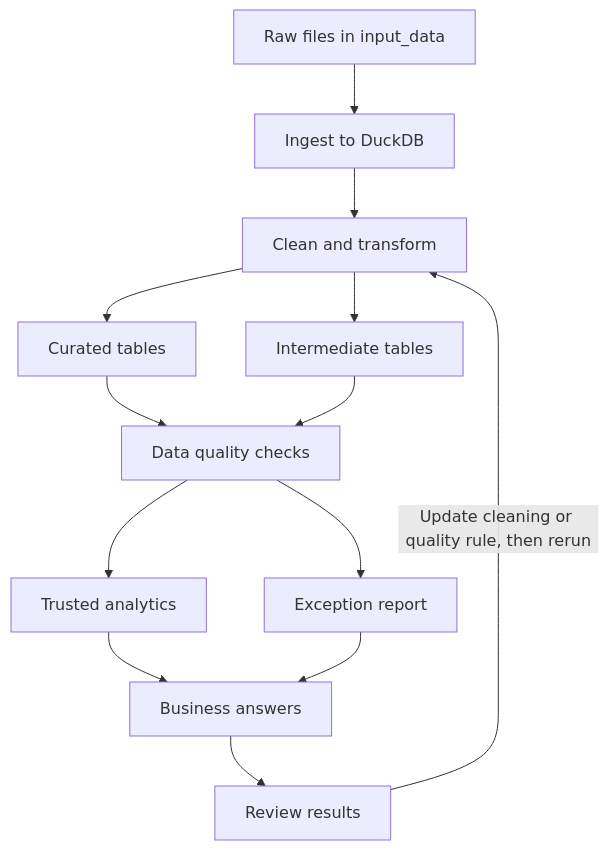
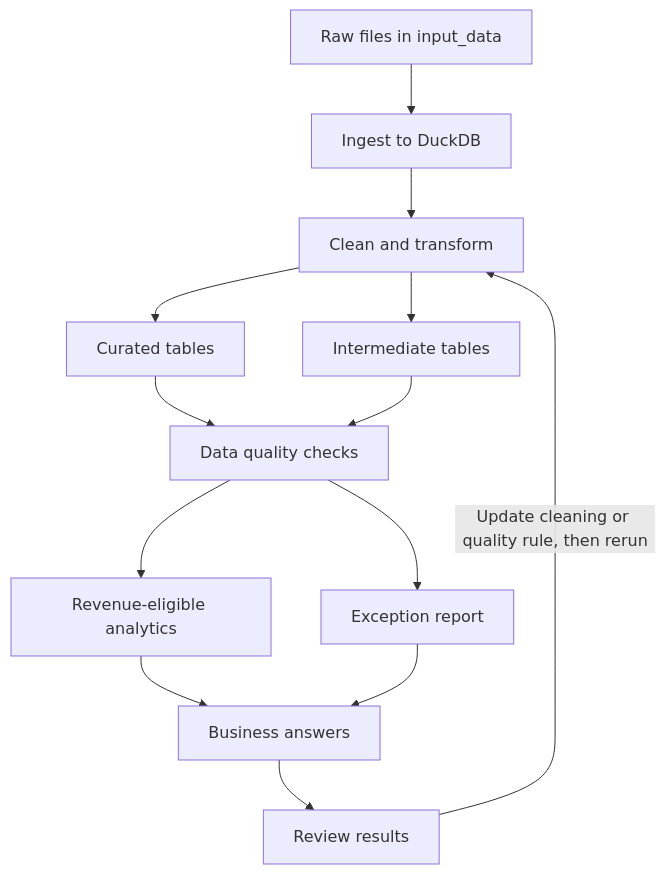
The diagram in README.md (dahimbis/omni-retail-agentic-data-management), drawn with Mermaid before and after one commit. The commit also changed other lines of this file and 21 other files, not shown here.

````diff
--- a/README.md
+++ b/README.md
@@ -51,20 +46,20 @@
 ```mermaid
 flowchart TD
   A[Raw files in input_data] --> B[Ingest to DuckDB]
   B --> C[Clean and transform]
 
   C --> D[Curated tables]
   C --> E[Intermediate tables]
 
   D --> F[Data quality checks]
   E --> F
 
-  F --> G[Trusted analytics]
+  F --> G[Revenue-eligible analytics]
   F --> H[Exception report]
 
   G --> I[Business answers]
   H --> I
 
   I --> J[Review results]
   J -->|Update cleaning or quality rule, then rerun| C
 ```
````
